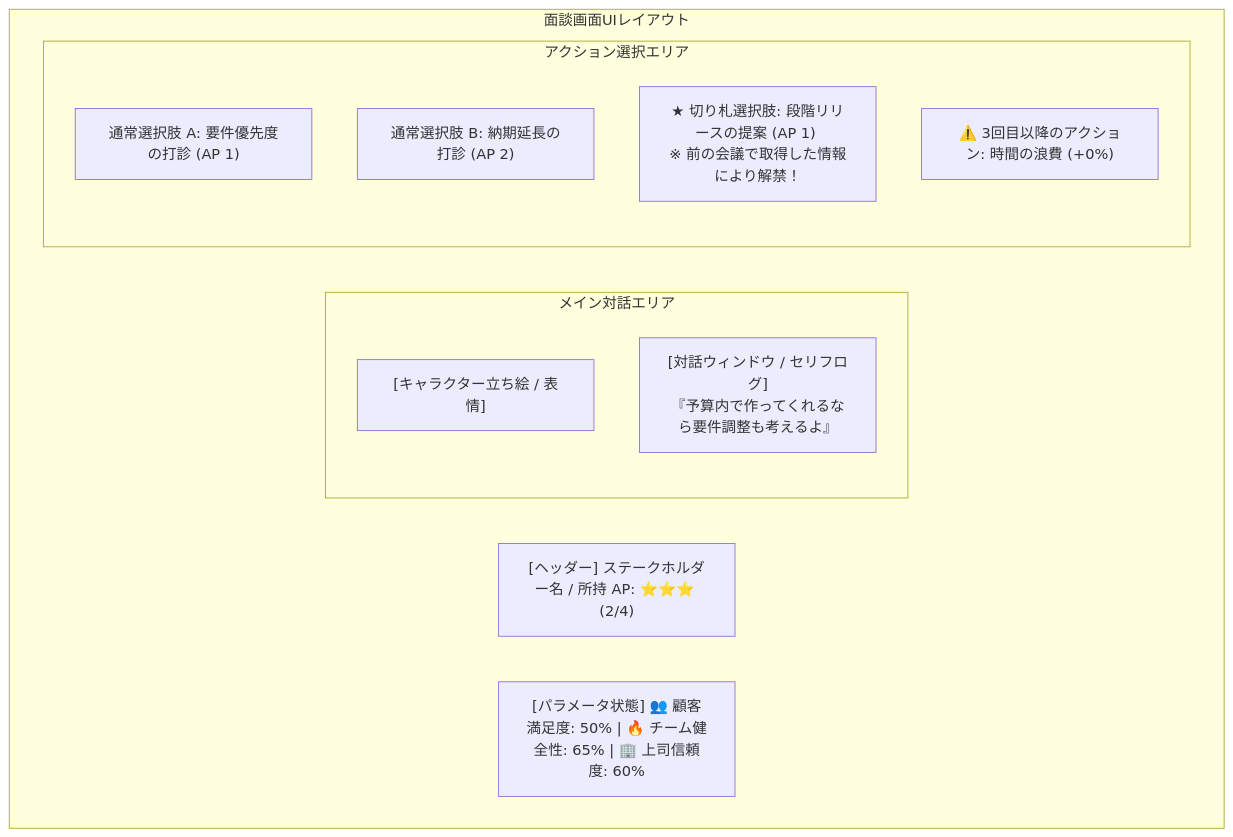
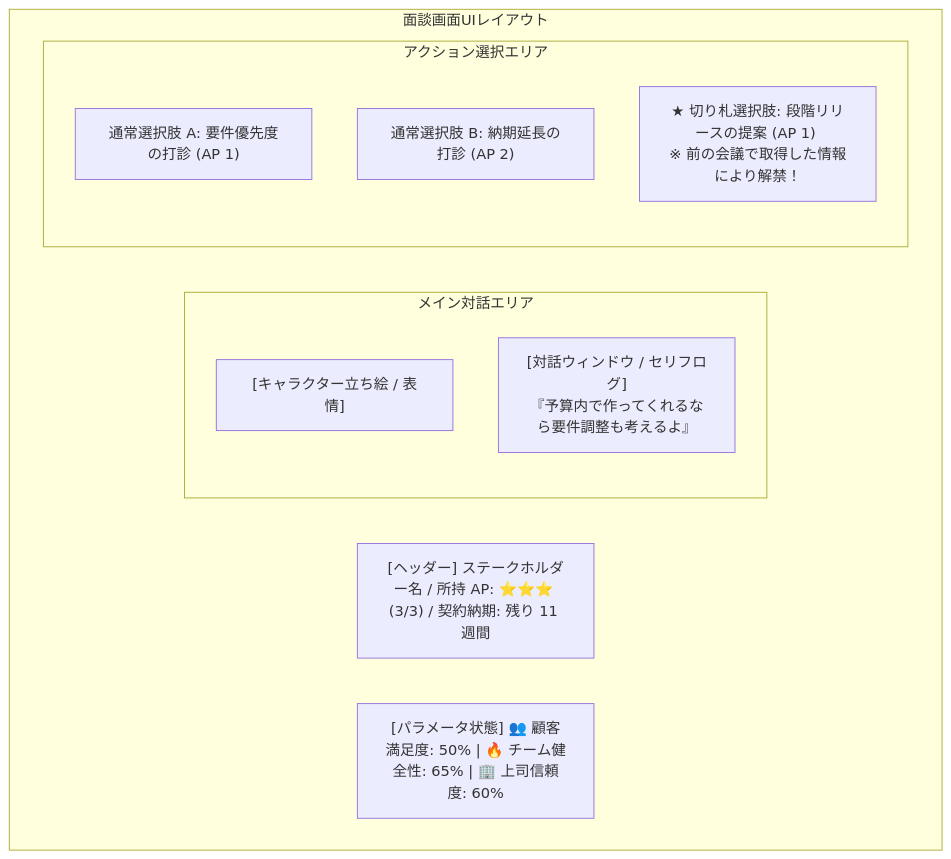
The third of 3 diagrams in docs/spec/phase1_kickoff.md (asabon/pm-simulator), drawn with Mermaid before and after one commit. The commit also changed other lines of this file and 3 other files, not shown here.

````diff
--- a/docs/spec/phase1_kickoff.md
+++ b/docs/spec/phase1_kickoff.md
@@ -91,19 +88,18 @@
 ```mermaid
 graph TB
     subgraph 面談画面UIレイアウト
-        HEADER["[ヘッダー] ステークホルダー名 / 所持 AP: ⭐⭐⭐ (2/4)"]
+        HEADER["[ヘッダー] ステークホルダー名 / 所持 AP: ⭐⭐⭐ (3/3) / 契約納期: 残り 11 週間"]
         STATUS["[パラメータ状態] 👥 顧客満足度: 50% | 🔥 チーム健全性: 65% | 🏢 上司信頼度: 60%"]
         
         subgraph MAIN["メイン対話エリア"]
             CHAR["[キャラクター立ち絵 / 表情]"]
             DIALOG["[対話ウィンドウ / セリフログ]<br>『予算内で作ってくれるなら要件調整も考えるよ』"]
         end
 
         subgraph ACTIONS["アクション選択エリア"]
             ACT1["通常選択肢 A: 要件優先度の打診 (AP 1)"]
             ACT2["通常選択肢 B: 納期延長の打診 (AP 2)"]
             ACT_SPECIAL["★ 切り札選択肢: 段階リリースの提案 (AP 1) <br>※ 前の会議で取得した情報により解禁！"]
-            ACT_WARNING["⚠️ 3回目以降のアクション: 時間の浪費 (+0%)"]
         end
     end
 ```
````
